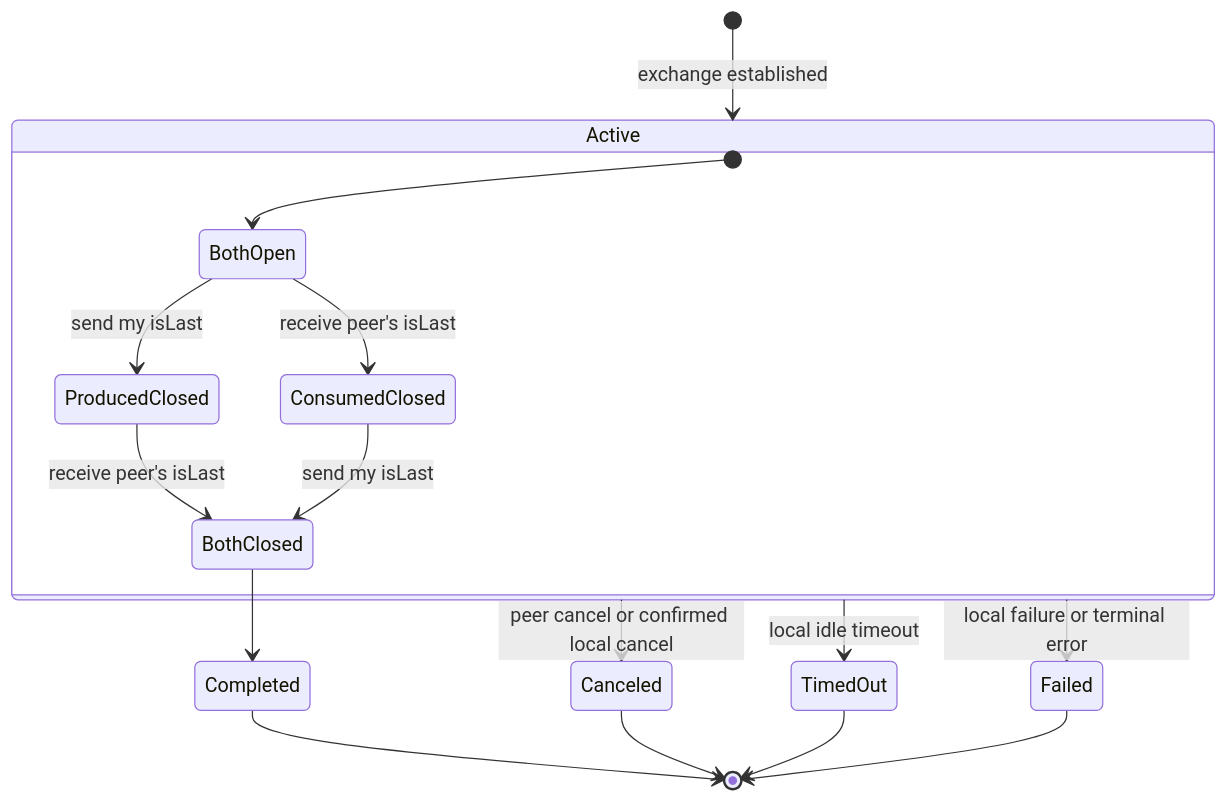
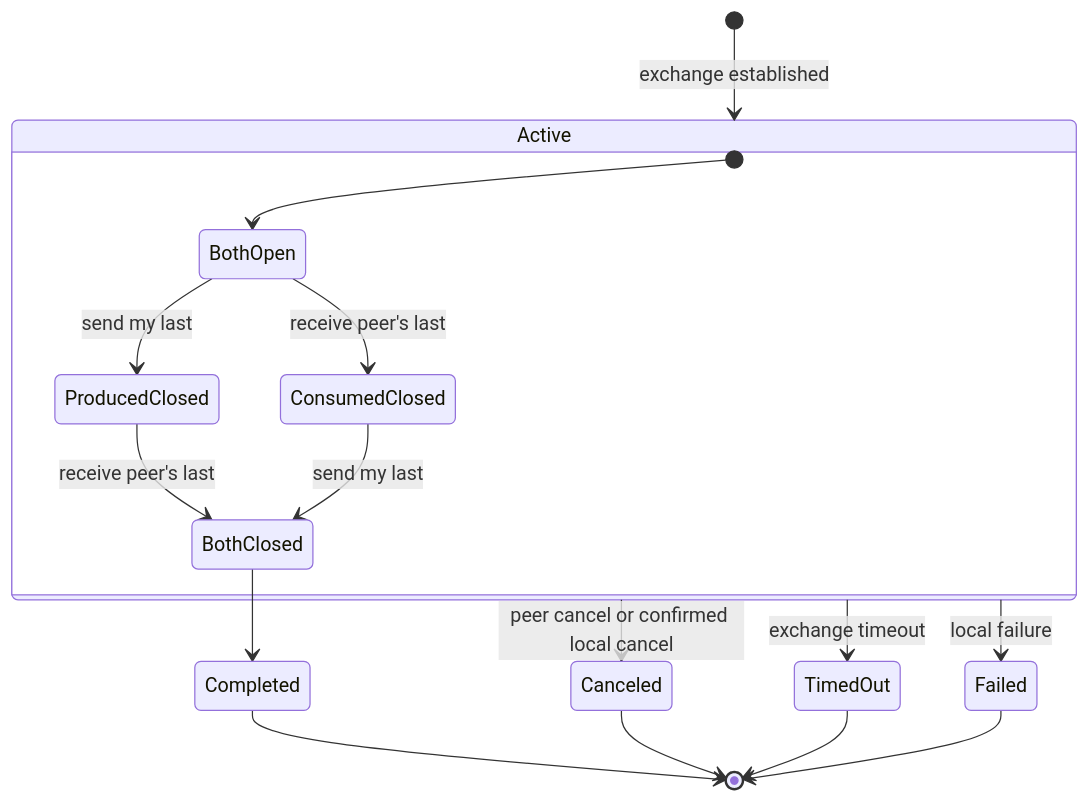
The first of 10 diagrams in doc/dev/adr/0025-rpc-streaming-lifecycle-diagrams.md (Azure/iot-operations-sdks), drawn with Mermaid before and after one commit. The commit also changed other lines of this file, not shown here.

````diff
--- a/doc/dev/adr/0025-rpc-streaming-lifecycle-diagrams.md
+++ b/doc/dev/adr/0025-rpc-streaming-lifecycle-diagrams.md
@@ -18,22 +18,22 @@
 ```mermaid
 stateDiagram-v2
     [*] --> Active: exchange established
 
     state Active {
         [*] --> BothOpen
-        BothOpen --> ProducedClosed: send my isLast
-        BothOpen --> ConsumedClosed: receive peer's isLast
-        ProducedClosed --> BothClosed: receive peer's isLast
-        ConsumedClosed --> BothClosed: send my isLast
+        BothOpen --> ProducedClosed: send my last
+        BothOpen --> ConsumedClosed: receive peer's last
+        ProducedClosed --> BothClosed: receive peer's last
+        ConsumedClosed --> BothClosed: send my last
     }
 
     BothClosed --> Completed
     Active --> Canceled: peer cancel or confirmed local cancel
-    Active --> TimedOut: local idle timeout
-    Active --> Failed: local failure or terminal error
+    Active --> TimedOut: exchange timeout
+    Active --> Failed: local failure
 
     Completed --> [*]
     Canceled --> [*]
     TimedOut --> [*]
     Failed --> [*]
 ```
````
